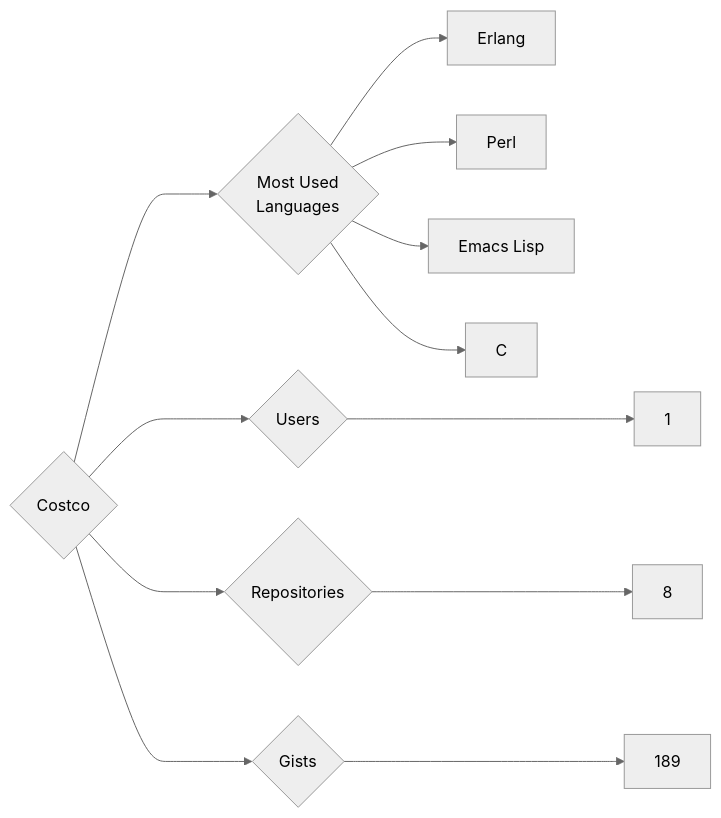
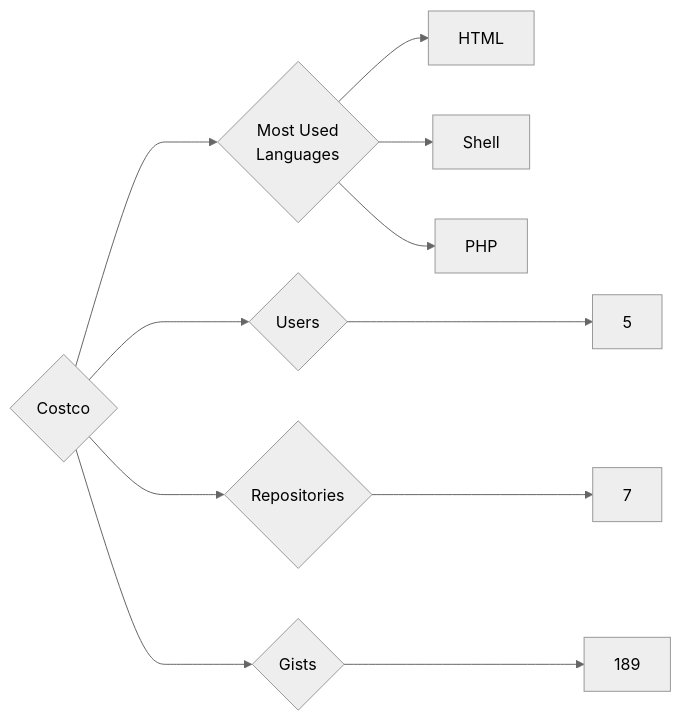
Before and after one commit to trickest/insiders: the diagram in targets/Costco/README.md, drawn with Mermaid (neutral theme). The commit also changed 1149 other files, not shown here.

````diff
--- a/targets/Costco/README.md
+++ b/targets/Costco/README.md
@@ -3,12 +3,11 @@
 ```mermaid
 graph LR
 COMPANY_NAME{Costco}
-COMPANY_NAME ---> U{Users} ---> UN[1]
-COMPANY_NAME ---> R{Repositories} ---> RN[8]
+COMPANY_NAME ---> U{Users} ---> UN[5]
+COMPANY_NAME ---> R{Repositories} ---> RN[7]
 COMPANY_NAME ---> G{Gists} ---> GN[189]
 COMPANY_NAME ---> ML{Most Used<br>Languages}
-ML --> Erlang[Erlang]
-ML --> Perl[Perl]
-ML --> Emacs_Lisp[Emacs Lisp]
-ML --> C[C]
+ML --> HTML[HTML]
+ML --> Shell[Shell]
+ML --> PHP[PHP]
 ```
````
